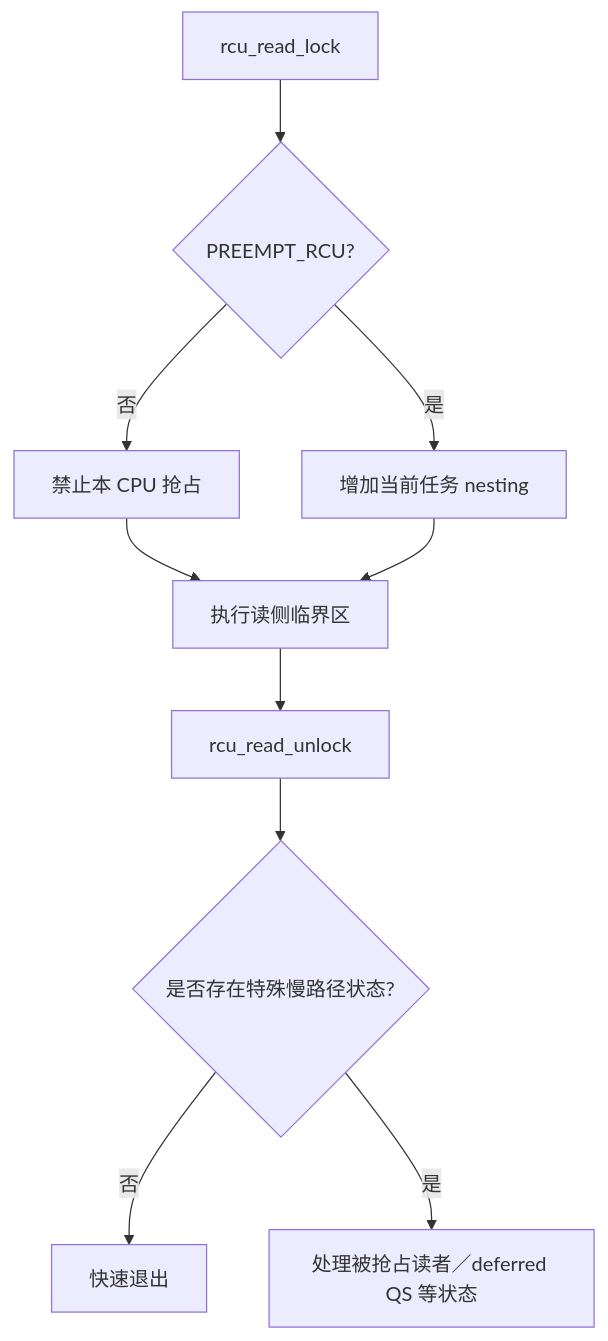
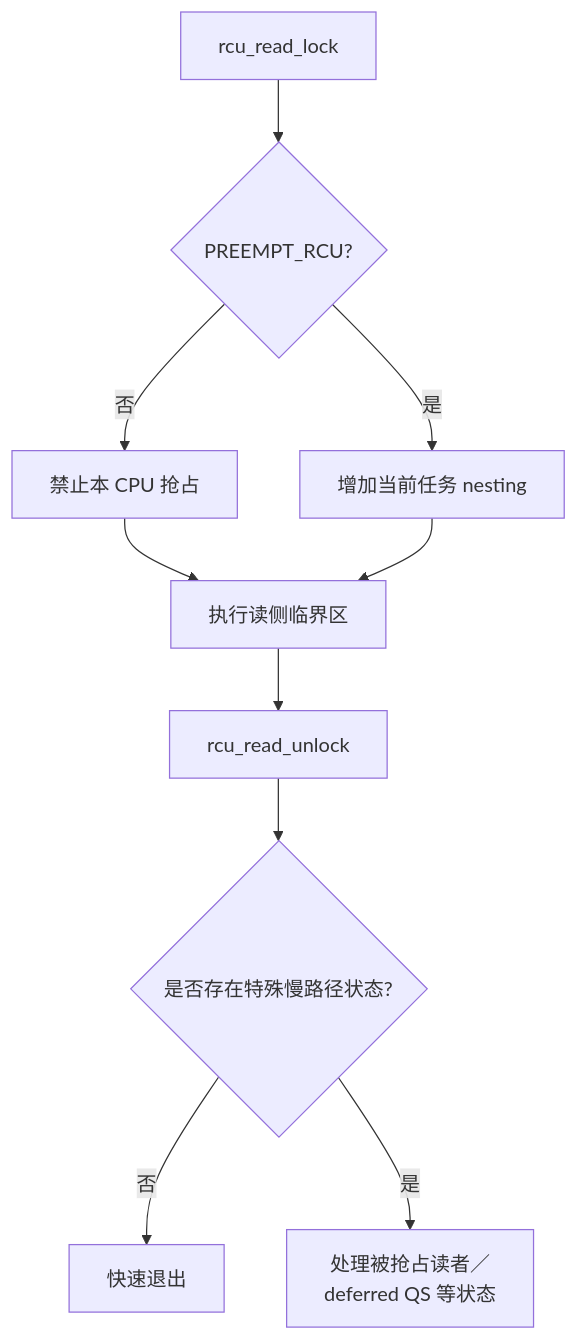
Before and after one commit to FormingSystem/linux_note: the ninth of 10 diagrams in knowledge/linux/synchronization/rcu/P01_为什么需要_RCU.md, drawn with Mermaid. The commit also changed other lines of this file and 2 other files, not shown here.

````diff
--- a/knowledge/linux/synchronization/rcu/P01_为什么需要_RCU.md
+++ b/knowledge/linux/synchronization/rcu/P01_为什么需要_RCU.md
@@ -444,12 +444,12 @@
 ```mermaid
 flowchart TD
     E[rcu_read_lock] --> C{PREEMPT_RCU?}
     C -->|否| P[禁止本 CPU 抢占]
     C -->|是| T[增加当前任务 nesting]
     P --> N[执行读侧临界区]
     T --> N
     N --> U[rcu_read_unlock]
     U --> X{是否存在特殊慢路径状态?}
     X -->|否| F[快速退出]
-    X -->|是| S[处理被抢占读者／deferred QS 等状态]
+    X -->|是| S[处理被抢占读者／<br/>deferred QS 等状态]
 ```
````
